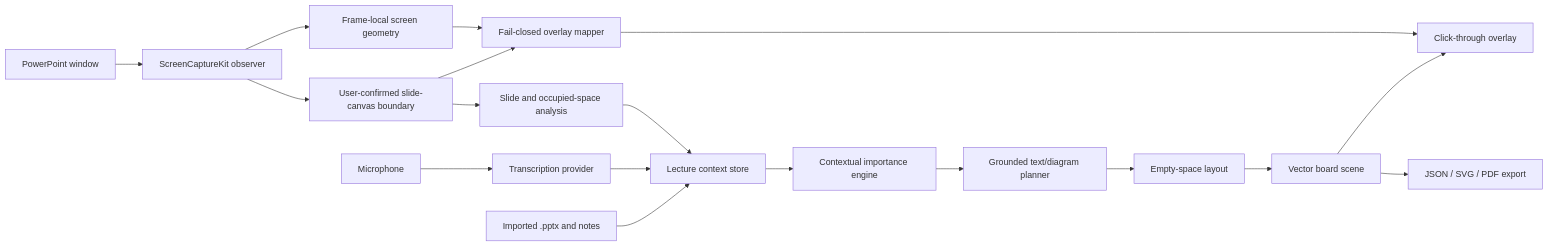
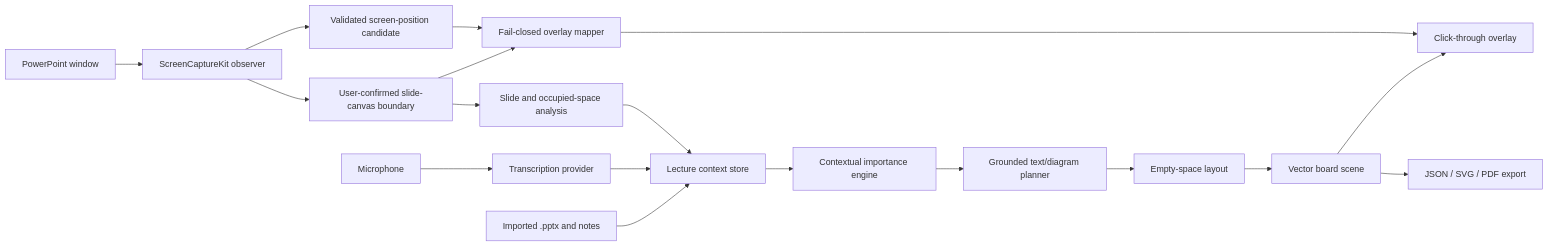
One commit to akiyama709/lectureboard-ai changed the diagram in docs/architecture.md. Above: the diagram before and after it, drawn with Mermaid. The commit also changed other lines of this file and 32 other files, not shown here.

````diff
--- a/docs/architecture.md
+++ b/docs/architecture.md
@@ -7,20 +7,20 @@
 ```mermaid
 flowchart LR
     PPT[PowerPoint window] --> CAP[ScreenCaptureKit observer]
     PPTX[Imported .pptx and notes] --> CTX[Lecture context store]
     MIC[Microphone] --> ASR[Transcription provider]
     CAP --> CANVAS[User-confirmed slide-canvas boundary]
-    CAP --> SCREEN[Frame-local screen geometry]
+    CAP --> SCREEN[Validated screen-position candidate]
     CANVAS --> SLIDE[Slide and occupied-space analysis]
     CANVAS --> MAP[Fail-closed overlay mapper]
     SCREEN --> MAP
     ASR --> CTX
     SLIDE --> CTX
     CTX --> IMP[Contextual importance engine]
     IMP --> PLAN[Grounded text/diagram planner]
     PLAN --> LAYOUT[Empty-space layout]
     LAYOUT --> SCENE[Vector board scene]
     SCENE --> OVERLAY[Click-through overlay]
     MAP --> OVERLAY
     SCENE --> EXPORT[JSON / SVG / PDF export]
 ```
````
